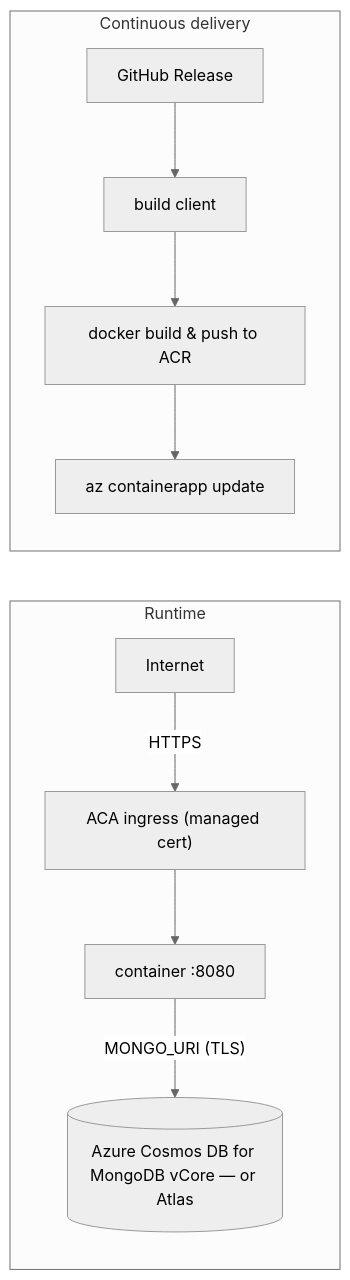
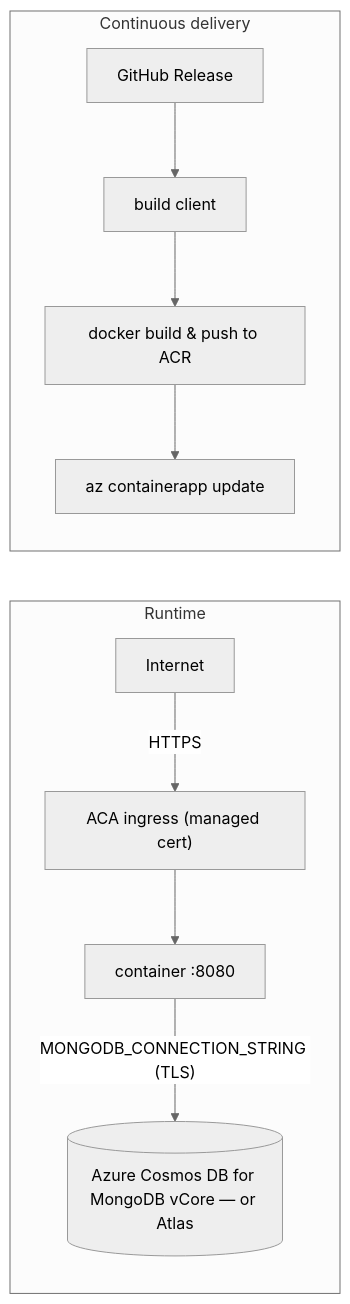
Before and after one commit to Wolfi-OwO/network-visualizer: the diagram in deploy/azure-container-apps.md, drawn with Mermaid (neutral theme). The commit also changed other lines of this file and 2 other files, not shown here.

Commit message:
chore: update MongoDB connection string references and enhance CSS styles for UI improvements

````diff
--- a/deploy/azure-container-apps.md
+++ b/deploy/azure-container-apps.md
@@ -10,10 +10,10 @@
 ```mermaid
 flowchart LR
     subgraph runtime["Runtime"]
         internet["Internet"] -- HTTPS --> ingress["ACA ingress (managed cert)"] --> container["container :8080"]
-        container -- "MONGO_URI (TLS)" --> mongo[("Azure Cosmos DB for MongoDB vCore — or Atlas")]
+        container -- "MONGODB_CONNECTION_STRING (TLS)" --> mongo[("Azure Cosmos DB for MongoDB vCore — or Atlas")]
     end
     subgraph delivery["Continuous delivery"]
         release["GitHub Release"] --> build["build client"] --> push["docker build & push to ACR"] --> update["az containerapp update"]
     end
 ```
````
